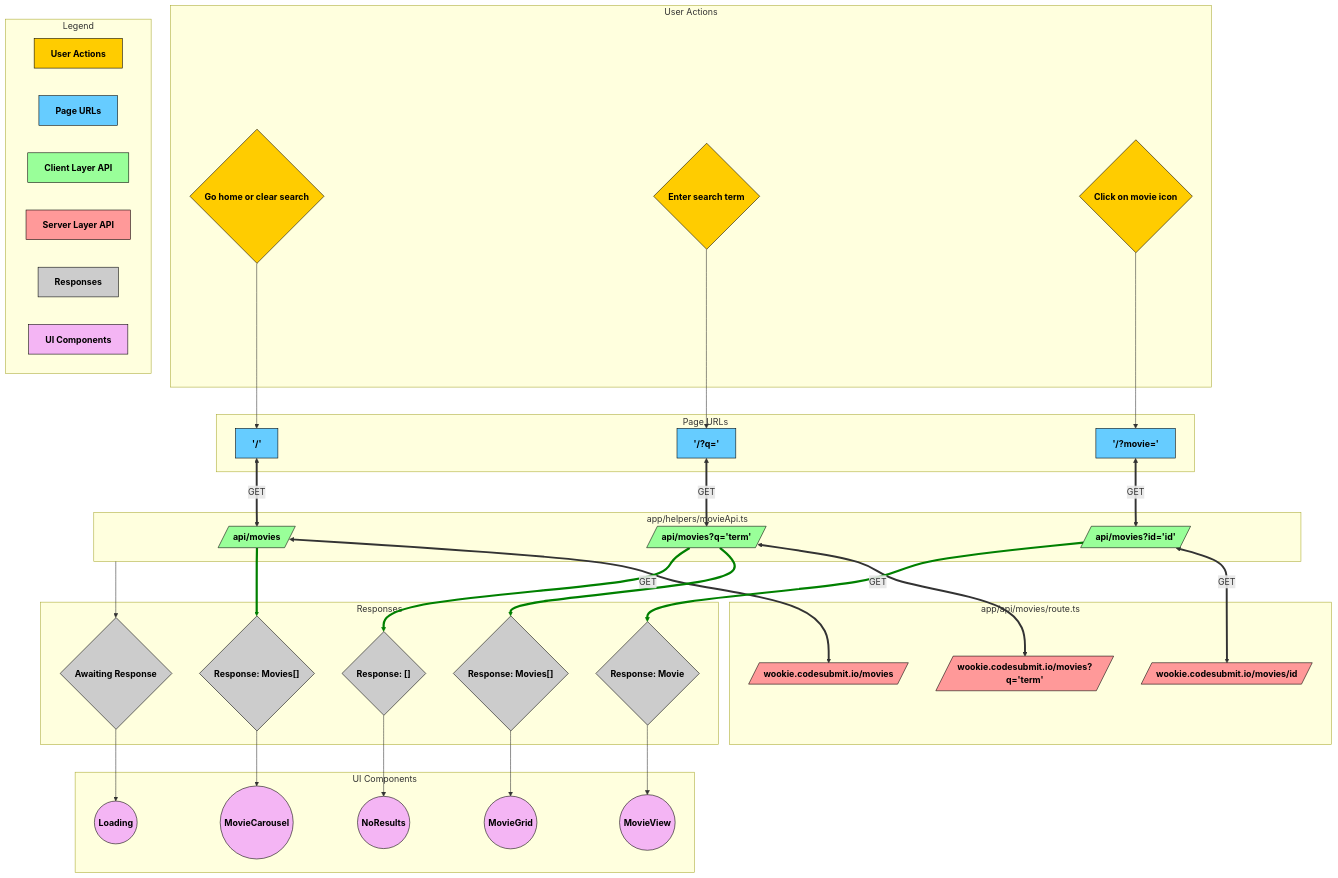
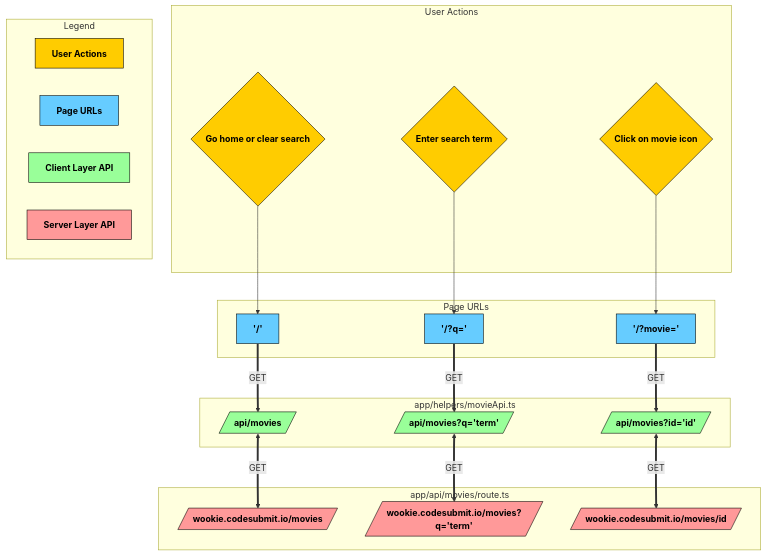
The diagram in README.md (vasekw/wookie-movies), drawn with Mermaid before and after one commit. The commit also changed 5 other files, not shown here.

````diff
--- a/README.md
+++ b/README.md
@@ -105,52 +105,28 @@
         MovieDetailEndpoint[/wookie.codesubmit.io/movies/id/]:::serverAPI
     end
 
-%% UI Components
-    subgraph UI Components
-        MovieDetailView((MovieView)):::ui
-        MovieCarouselView((MovieCarousel)):::ui
-        MovieGridView((MovieGrid)):::ui
-        NoResultsView((NoResults)):::ui
-        LoadingView((Loading)):::ui
-    end
 
-%% Responses
-    subgraph Responses
-        WaitingForResponse{Awaiting Response}:::response
-        ResponseMovies{"Response: Movies[]"}:::response
-        ResponseMoviesFound{"Response: Movies[]"}:::response
-        ResponseNoResults{"Response: []"}:::response
-        ResponseMovieDetail{"Response: Movie"}:::response
-    end
+
 
 %% User Actions to Page URLs
     GoHomeOrClearSearch --> RootURL
     EnterSearchTerm --> SearchURL
     ClickMovieIcon --> MovieDetailURL
 %% Page URLs to Client API Requests
-    RootURL <== GET ==> FetchMovies
-    SearchURL <== GET ==> SearchMovies
-    MovieDetailURL <== GET ==> FetchMovieDetail
+    RootURL == GET ==> FetchMovies
+    SearchURL == GET ==> SearchMovies
+    MovieDetailURL == GET ==> FetchMovieDetail
 %% Client API to Server API Requests
     FetchMovies <== GET ==> MoviesEndpoint
     SearchMovies <== GET ==> SearchMoviesEndpoint
     FetchMovieDetail <== GET ==> MovieDetailEndpoint
-%% Handling Responses
-    FetchMovies --> ResponseMovies --> MovieCarouselView
-    SearchMovies --> ResponseMoviesFound --> MovieGridView
-    SearchMovies --> ResponseNoResults --> NoResultsView
-    FetchMovieDetail --> ResponseMovieDetail --> MovieDetailView
-%% Loading State
-    ClientAPI --> WaitingForResponse --> LoadingView
+
 %% Legend
     subgraph Legend[Legend]
         UserActions[User Actions]:::action
         URLs[Page URLs]:::url
         ClientLayer[Client Layer API]:::clientAPI
         ServerLayer[Server Layer API]:::serverAPI
-        ResponsesLayer[Responses]:::response
-        UIComponentsLayer[UI Components]:::ui
     end
 
-    linkStyle 9,11,13,15 stroke-width: 4px, fill: none, stroke: green;
 ```
````
